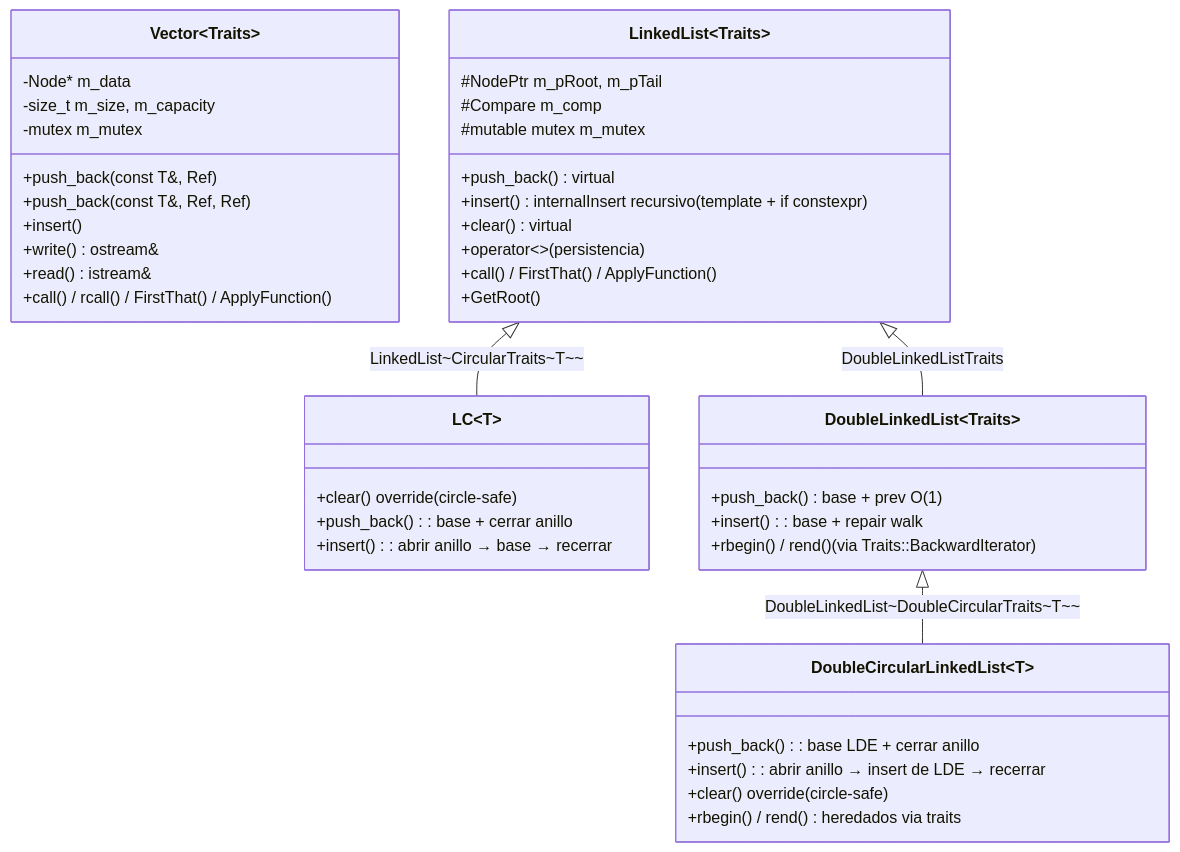
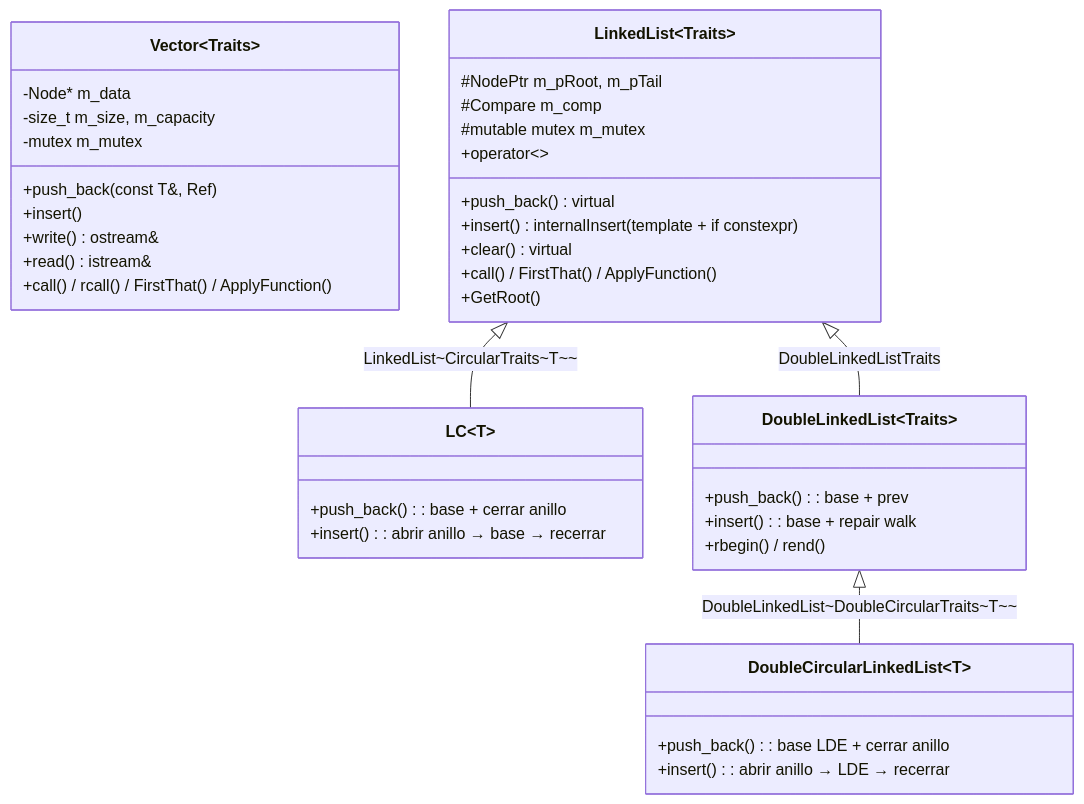
Before and after one commit to PieroVioleta/2026-II-CS-UNI-CC0E5-AEDAv: the third of 5 diagrams in docs/jerarquias-clases.md, drawn with Mermaid. The commit also changed other lines of this file, not shown here.

````diff
--- a/docs/jerarquias-clases.md
+++ b/docs/jerarquias-clases.md
@@ -90,44 +79,40 @@
 ```mermaid
 classDiagram
     class Vector~Traits~ {
         -Node* m_data
         -size_t m_size, m_capacity
         -mutex m_mutex
         +push_back(const T&, Ref)
-        +push_back(const T&, Ref, Ref)
         +insert()
         +write() ostream&
         +read() istream&
         +call() / rcall() / FirstThat() / ApplyFunction()
     }
     class LinkedList~Traits~ {
         #NodePtr m_pRoot, m_pTail
         #Compare m_comp
         #mutable mutex m_mutex
         +push_back() virtual
-        +insert() : internalInsert recursivo (template + if constexpr)
+        +insert() : internalInsert (template + if constexpr)
         +clear() virtual
-        +operator<</operator>> (persistencia)
+        +operator<</operator>>
         +call() / FirstThat() / ApplyFunction()
         +GetRoot()
     }
     class LC~T~ {
-        +clear() override (circle-safe)
         +push_back() : base + cerrar anillo
         +insert() : abrir anillo → base → recerrar
     }
     class DoubleLinkedList~Traits~ {
-        +push_back() : base + prev O(1)
+        +push_back() : base + prev
         +insert() : base + repair walk
-        +rbegin() / rend() (via Traits::BackwardIterator)
+        +rbegin() / rend()
     }
     class DoubleCircularLinkedList~T~ {
         +push_back() : base LDE + cerrar anillo
-        +insert() : abrir anillo → insert de LDE → recerrar
-        +clear() override (circle-safe)
-        +rbegin() / rend() heredados via traits
+        +insert() : abrir anillo → LDE → recerrar
     }
     LinkedList~Traits~ <|-- LC~T~ : LinkedList~CircularTraits~T~~
     LinkedList~Traits~ <|-- DoubleLinkedList~Traits~ : DoubleLinkedListTraits
     DoubleLinkedList~Traits~ <|-- DoubleCircularLinkedList~T~ : DoubleLinkedList~DoubleCircularTraits~T~~
 ```
````
